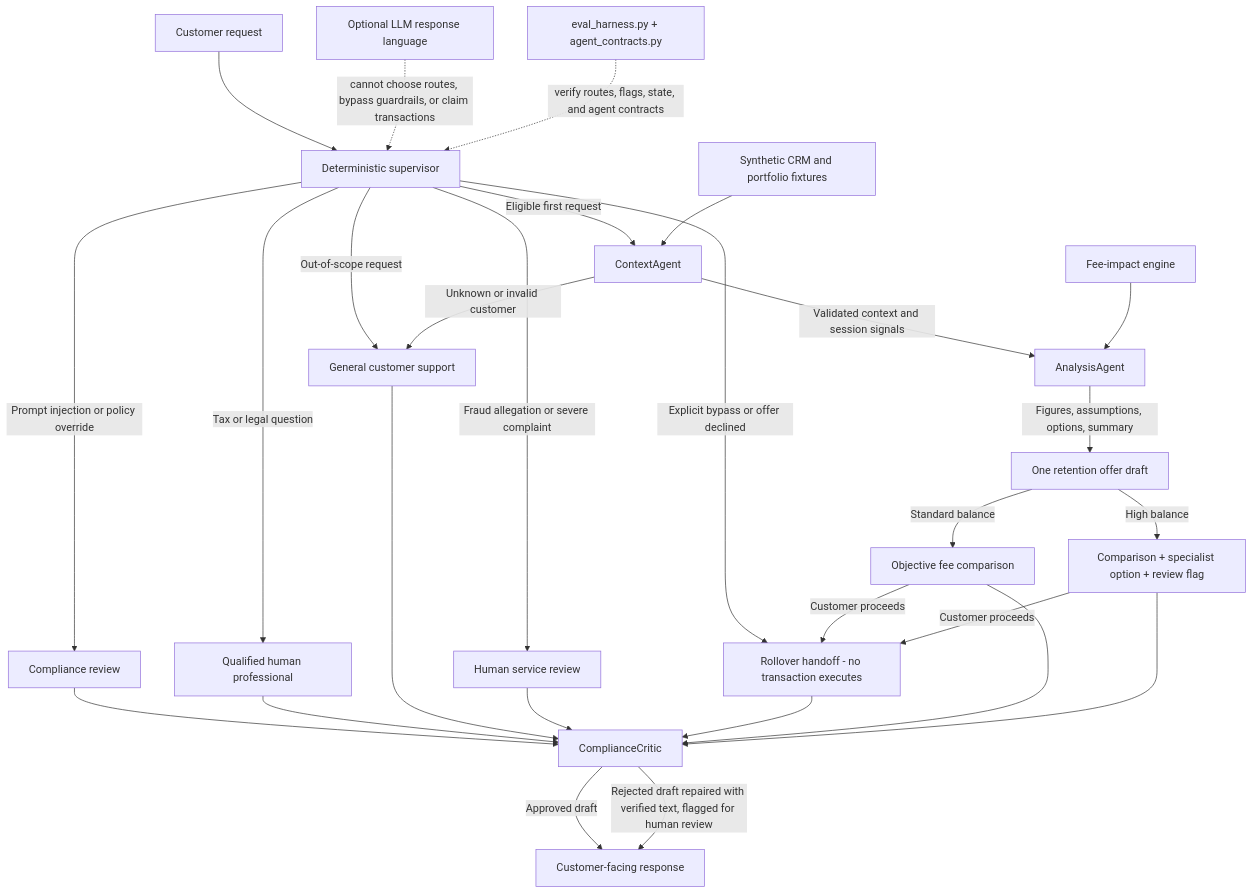
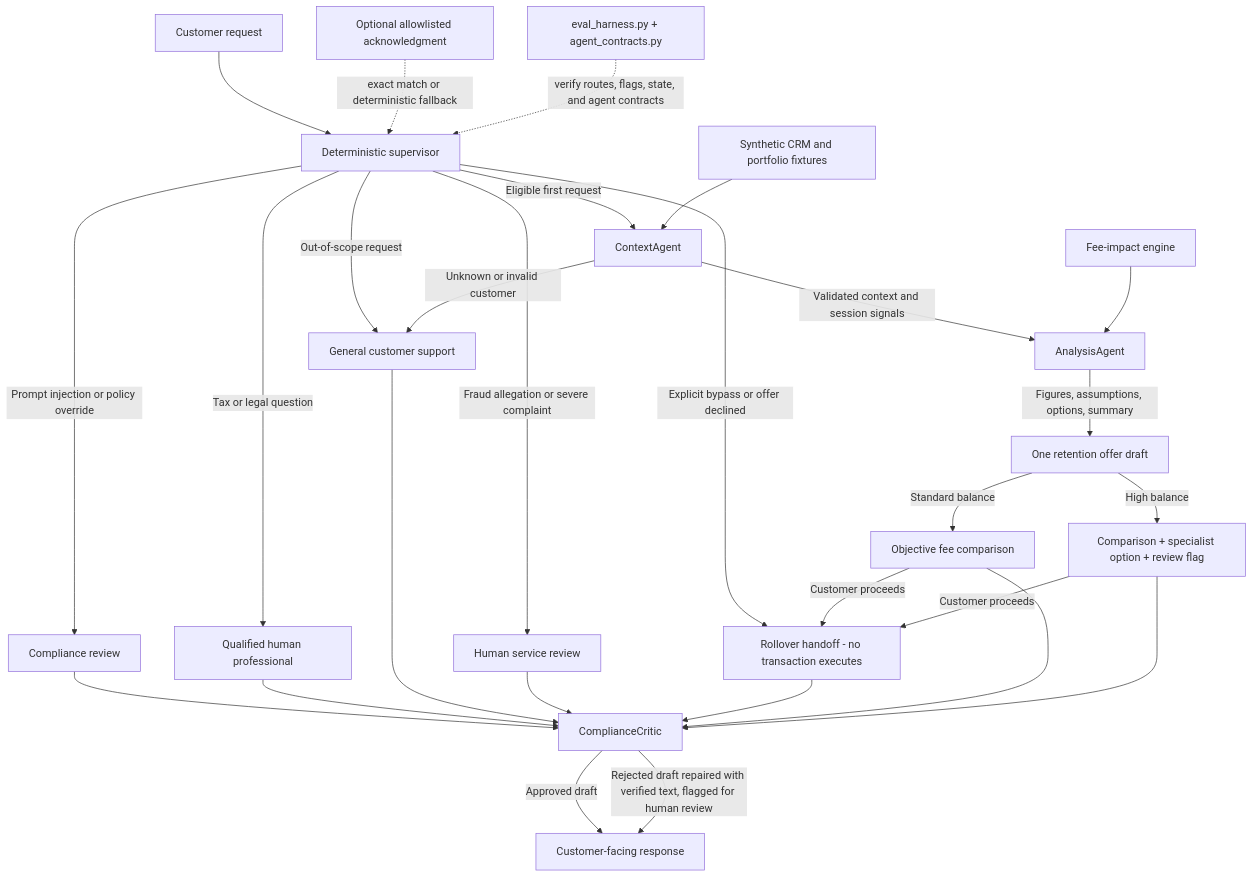
The diagram in 401k-retention-project/readme.md (kishore-yarlagadda/ai-pm-portfolio), drawn with Mermaid before and after one commit. The commit also changed other lines of this file and 5 other files, not shown here.

````diff
--- a/401k-retention-project/readme.md
+++ b/401k-retention-project/readme.md
@@ -36,30 +36,30 @@
 ```mermaid
 flowchart TD
     U[Customer request] --> S[Deterministic supervisor]
     S -->|Prompt injection or policy override| CR[Compliance review]
     S -->|Tax or legal question| CFP[Qualified human professional]
     S -->|Out-of-scope request| GS[General customer support]
     S -->|Fraud allegation or severe complaint| HSR[Human service review]
     S -->|Explicit bypass or offer declined| RH[Rollover handoff - no transaction executes]
     S -->|Eligible first request| CX[ContextAgent]
     CX -->|Unknown or invalid customer| GS
     CX -->|Validated context and session signals| AN[AnalysisAgent]
     AN -->|Figures, assumptions, options, summary| OF[One retention offer draft]
     OF -->|Standard balance| O1[Objective fee comparison]
     OF -->|High balance| O2[Comparison + specialist option + review flag]
     O1 -->|Customer proceeds| RH
     O2 -->|Customer proceeds| RH
     CR --> CC[ComplianceCritic]
     CFP --> CC
     GS --> CC
     HSR --> CC
     RH --> CC
     O1 --> CC
     O2 --> CC
     CC -->|Approved draft| OUT[Customer-facing response]
     CC -->|Rejected draft repaired with verified text, flagged for human review| OUT
     D[Synthetic CRM and portfolio fixtures] --> CX
     FE[Fee-impact engine] --> AN
-    LLM[Optional LLM response language] -. cannot choose routes, bypass guardrails, or claim transactions .-> S
+    LLM[Optional allowlisted acknowledgment] -. exact match or deterministic fallback .-> S
     EV[eval_harness.py + agent_contracts.py] -. verify routes, flags, state, and agent contracts .-> S
 ```
````
